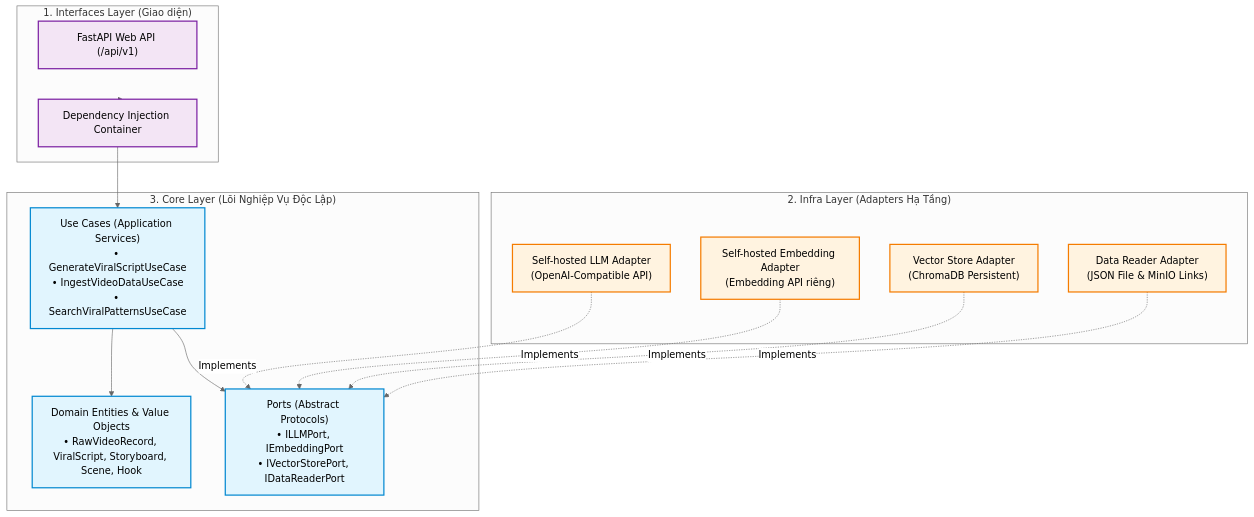
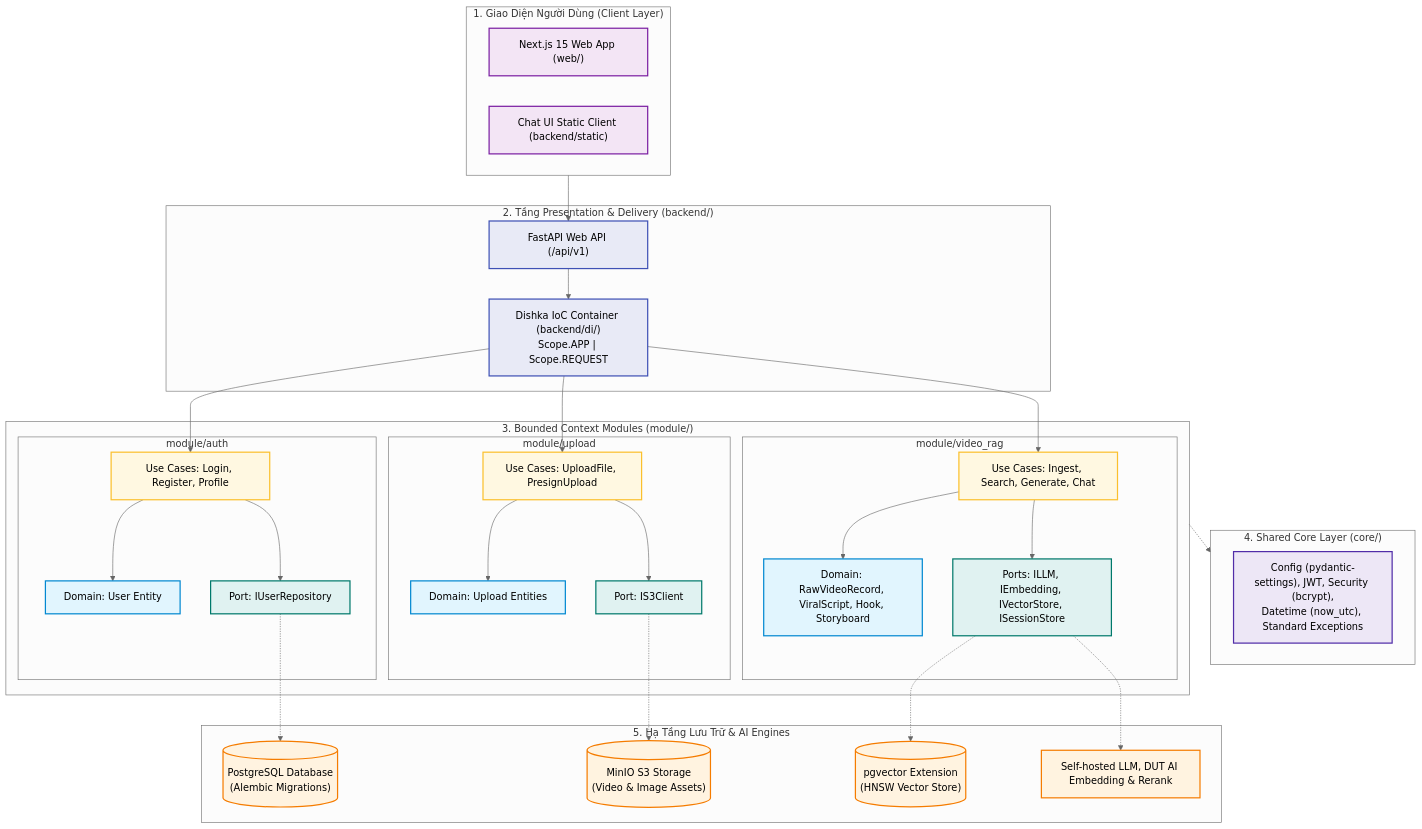
Before and after one commit to DUT-MAKER/video-rag: the diagram in README.md, drawn with Mermaid (neutral theme). The commit also changed other lines of this file and 6 other files, not shown here.

First line of the commit message:
docs: update Clean Architecture and system architecture documentation

````diff
--- a/README.md
+++ b/README.md
@@ -27,38 +26,79 @@
 ```mermaid
 flowchart TD
-    subgraph Interfaces["1. Interfaces Layer (Giao diện)"]
-        FASTAPI["FastAPI Web API (/api/v1)"]
-        DI["Dependency Injection Container"]
+    subgraph Clients["1. Giao Diện Người Dùng (Client Layer)"]
+        WEB["Next.js 15 Web App (web/)"]
+        STATIC_UI["Chat UI Static Client (backend/static)"]
     end
 
-    subgraph Infra["2. Infra Layer (Adapters Hạ Tầng)"]
-        LLM_ADAPTER["Self-hosted LLM Adapter<br/>(OpenAI-Compatible API)"]
-        EMBED_ADAPTER["Self-hosted Embedding Adapter<br/>(Embedding API riêng)"]
-        CHROMA_ADAPTER["Vector Store Adapter<br/>(ChromaDB Persistent)"]
-        READER_ADAPTER["Data Reader Adapter<br/>(JSON File & MinIO Links)"]
+    subgraph BackendPresentation["2. Tầng Presentation & Delivery (backend/)"]
+        FASTAPI["FastAPI Web API (/api/v1)"]
+        DISHKA["Dishka IoC Container (backend/di/)<br/>Scope.APP | Scope.REQUEST"]
     end
 
-    subgraph Core["3. Core Layer (Lõi Nghiệp Vụ Độc Lập)"]
-        USE_CASES["Use Cases (Application Services)<br/>• GenerateViralScriptUseCase<br/>• IngestVideoDataUseCase<br/>• SearchViralPatternsUseCase"]
-        PORTS["Ports (Abstract Protocols)<br/>• ILLMPort, IEmbeddingPort<br/>• IVectorStorePort, IDataReaderPort"]
-        ENTITIES["Domain Entities & Value Objects<br/>• RawVideoRecord, ViralScript, Storyboard, Scene, Hook"]
+    subgraph Modules["3. Bounded Context Modules (module/)"]
+        subgraph AuthModule["module/auth"]
+            AUTH_UC["Use Cases: Login, Register, Profile"]
+            AUTH_PORTS["Port: IUserRepository"]
+            AUTH_DOMAIN["Domain: User Entity"]
+        end
+
+        subgraph UploadModule["module/upload"]
+            UPLOAD_UC["Use Cases: UploadFile, PresignUpload"]
+            UPLOAD_PORTS["Port: IS3Client"]
+            UPLOAD_DOMAIN["Domain: Upload Entities"]
+        end
+
+        subgraph VideoRagModule["module/video_rag"]
+            RAG_UC["Use Cases: Ingest, Search, Generate, Chat"]
+            RAG_PORTS["Ports: ILLM, IEmbedding, IVectorStore, ISessionStore"]
+            RAG_DOMAIN["Domain: RawVideoRecord, ViralScript, Hook, Storyboard"]
+        end
     end
 
-    Interfaces --> DI
-    DI --> USE_CASES
-    USE_CASES --> ENTITIES
-    USE_CASES --> PORTS
+    subgraph SharedCore["4. Shared Core Layer (core/)"]
+        CORE_UTILS["Config (pydantic-settings), JWT, Security (bcrypt),<br/>Datetime (now_utc), Standard Exceptions"]
+    end
 
-    LLM_ADAPTER -.->|Implements| PORTS
-    EMBED_ADAPTER -.->|Implements| PORTS
-    CHROMA_ADAPTER -.->|Implements| PORTS
-    READER_ADAPTER -.->|Implements| PORTS
+    subgraph InfraStorage["5. Hạ Tầng Lưu Trữ & AI Engines"]
+        POSTGRES[("PostgreSQL Database<br/>(Alembic Migrations)")]
+        MINIO[("MinIO S3 Storage<br/>(Video & Image Assets)")]
+        PGVECTOR[("pgvector Extension<br/>(HNSW Vector Store)")]
+        LLM["Self-hosted LLM, DUT AI Embedding & Rerank"]
+    end
 
-    classDef core fill:#e1f5fe,stroke:#0288d1,stroke-width:2px;
-    classDef infra fill:#fff3e0,stroke:#f57c00,stroke-width:2px;
-    classDef outer fill:#f3e5f5,stroke:#7b1fa2,stroke-width:2px;
+    Clients --> FASTAPI
+    FASTAPI --> DISHKA
+    DISHKA --> AUTH_UC
+    DISHKA --> UPLOAD_UC
+    DISHKA --> RAG_UC
 
-    class ENTITIES,USE_CASES,PORTS core;
-    class LLM_ADAPTER,EMBED_ADAPTER,CHROMA_ADAPTER,READER_ADAPTER infra;
-    class FASTAPI,DI outer;
+    AUTH_UC --> AUTH_DOMAIN
+    AUTH_UC --> AUTH_PORTS
+    UPLOAD_UC --> UPLOAD_DOMAIN
+    UPLOAD_UC --> UPLOAD_PORTS
+    RAG_UC --> RAG_DOMAIN
+    RAG_UC --> RAG_PORTS
+
+    Modules -.-> SharedCore
+
+    AUTH_PORTS -.-> POSTGRES
+    UPLOAD_PORTS -.-> MINIO
+    RAG_PORTS -.-> PGVECTOR
+    RAG_PORTS -.-> LLM
+
+    classDef client fill:#f3e5f5,stroke:#7b1fa2,stroke-width:2px;
+    classDef pres fill:#e8eaf6,stroke:#3f51b5,stroke-width:2px;
+    classDef domain fill:#e1f5fe,stroke:#0288d1,stroke-width:2px;
+    classDef ports fill:#e0f2f1,stroke:#00796b,stroke-width:2px;
+    classDef uc fill:#fff8e1,stroke:#fbc02d,stroke-width:2px;
+    classDef core fill:#ede7f6,stroke:#512da8,stroke-width:2px;
+    classDef storage fill:#fff3e0,stroke:#f57c00,stroke-width:2px;
+
+    class WEB,STATIC_UI client;
+    class FASTAPI,DISHKA pres;
+    class AUTH_DOMAIN,UPLOAD_DOMAIN,RAG_DOMAIN domain;
+    class AUTH_PORTS,UPLOAD_PORTS,RAG_PORTS ports;
+    class AUTH_UC,UPLOAD_UC,RAG_UC uc;
+    class CORE_UTILS core;
+    class POSTGRES,MINIO,PGVECTOR,LLM storage;
 ```
````
